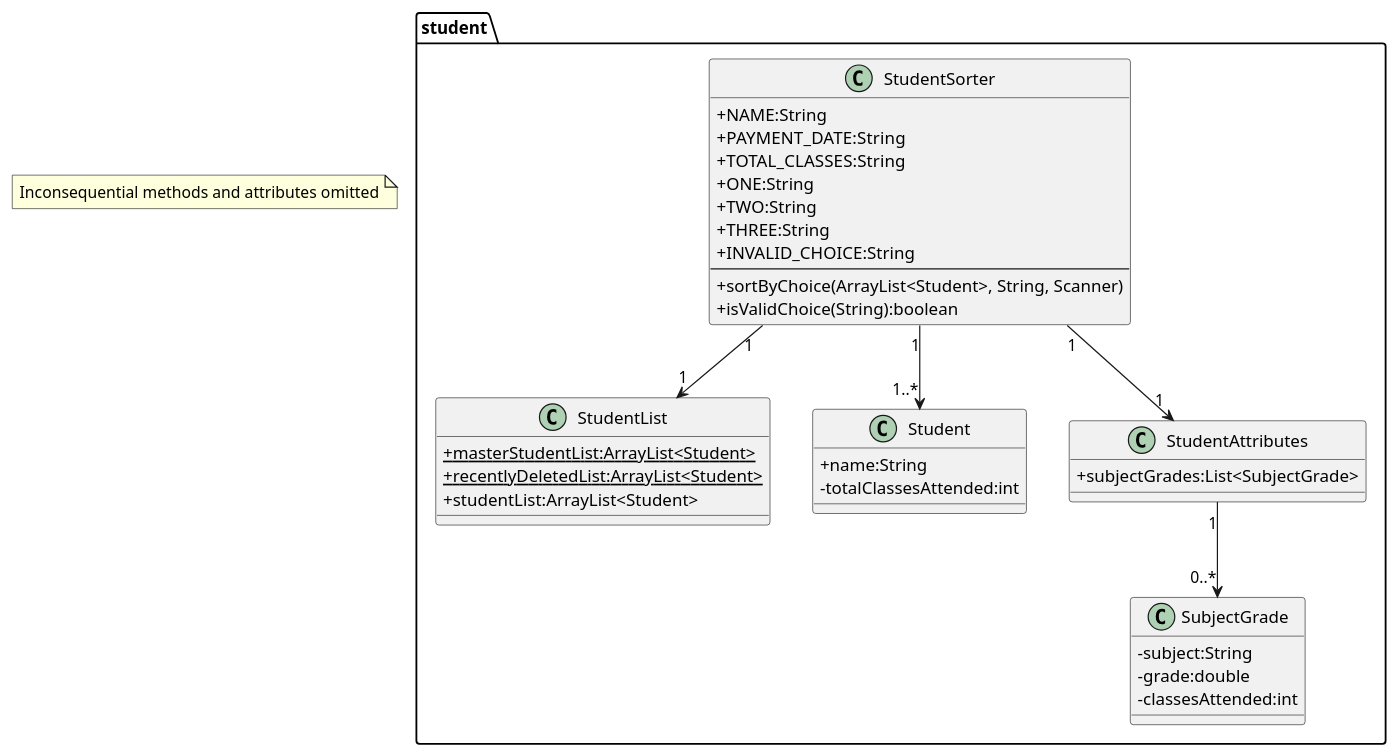
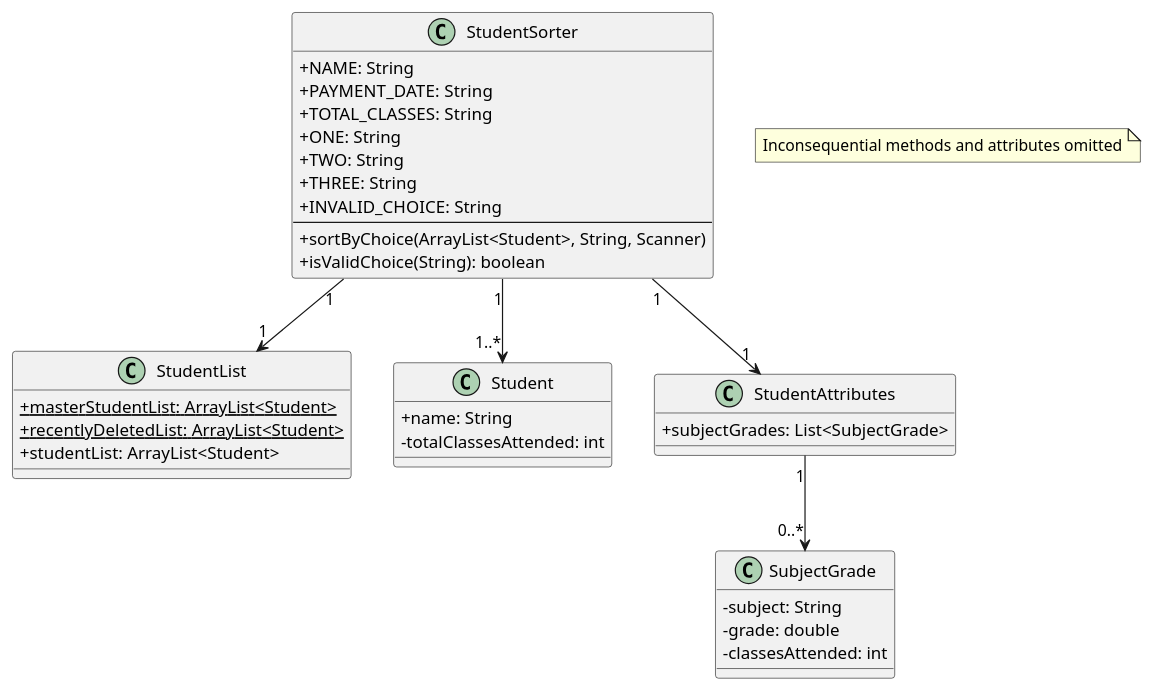
One commit to blackmirag3/Classify changed the diagram in docs/diagrams/src/StudentSorter/StudentSorter.puml. Above: the diagram before and after it, drawn with PlantUML.

Commit message:
Remove package name from StudentSorter UML diagram

```diff
--- a/docs/diagrams/src/StudentSorter/StudentSorter.puml
+++ b/docs/diagrams/src/StudentSorter/StudentSorter.puml
@@ -1,47 +1,44 @@
 @startuml StudentSorter
 skinparam classAttributeIconSize 0
 
-package student {
-    class StudentSorter {
-        +NAME:String
-        +PAYMENT_DATE:String
-        +TOTAL_CLASSES:String
-        +ONE:String
-        +TWO:String
-        +THREE:String
-        +INVALID_CHOICE:String
-        --
-        +sortByChoice(ArrayList<Student>, String, Scanner)
-        +isValidChoice(String):boolean
-    }
+class StudentSorter {
+    + NAME: String
+    + PAYMENT_DATE: String
+    + TOTAL_CLASSES: String
+    + ONE: String
+    + TWO: String
+    + THREE: String
+    + INVALID_CHOICE: String
+    --
+    + sortByChoice(ArrayList<Student>, String, Scanner)
+    + isValidChoice(String): boolean
+}
 
-    class StudentList {
-        {static} +masterStudentList:ArrayList<Student>
-        {static} +recentlyDeletedList:ArrayList<Student>
-        +studentList:ArrayList<Student>
-    }
+class StudentList {
+    {static} + masterStudentList: ArrayList<Student>
+    {static} + recentlyDeletedList: ArrayList<Student>
+    + studentList: ArrayList<Student>
+}
 
-    class Student {
-        +name:String
-        -totalClassesAttended:int
-    }
+class Student {
+    + name: String
+    - totalClassesAttended: int
+}
 
-    class StudentAttributes {
-        +subjectGrades:List<SubjectGrade>
-    }
+class StudentAttributes {
+    + subjectGrades: List<SubjectGrade>
+}
 
-    class SubjectGrade {
-        -subject:String
-        -grade:double
-        -classesAttended:int
-    }
+class SubjectGrade {
+    - subject: String
+    - grade: double
+    - classesAttended: int
 }
 
 StudentSorter "1" --> "1..*" Student
 StudentSorter "1" --> "1" StudentList
 StudentSorter "1" --> "1" StudentAttributes
 StudentAttributes "1" --> "0..*" SubjectGrade
 
 note "Inconsequential methods and attributes omitted" as N1
-
 @enduml
```
